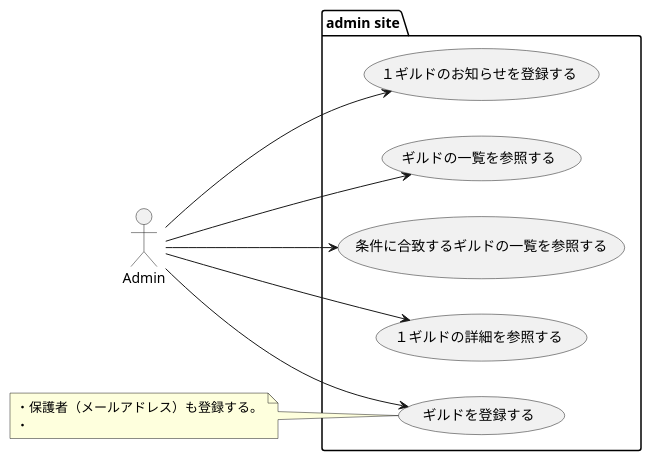
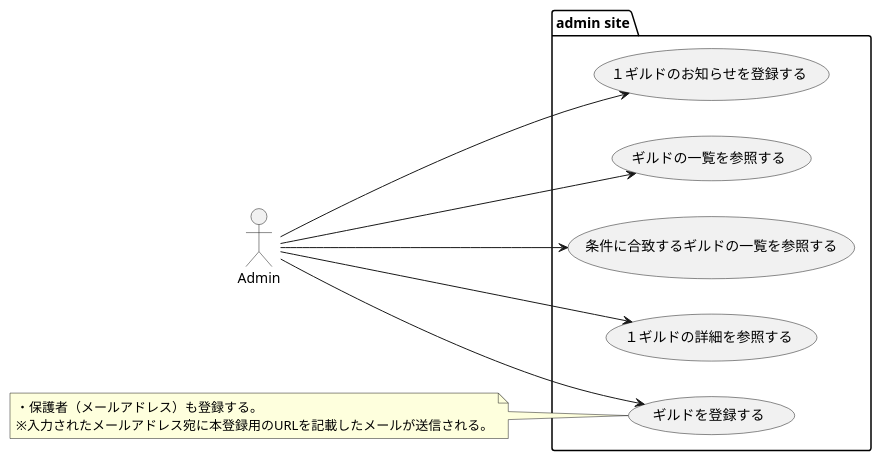
Before and after one commit to sky0621/familiagildo: the diagram in design/usecase/admin/usecase.puml, drawn with PlantUML. The commit also changed 24 other files, not shown here.

```diff
--- a/design/usecase/admin/usecase.puml
+++ b/design/usecase/admin/usecase.puml
@@ -1,26 +1,26 @@
 @startuml
 
 left to right direction
 
 actor Admin as a
 
 package "admin site" {
     usecase "ギルドを登録する" as createGuildByAdmin
-    usecase "ギルドの一覧を参照する" as listGuild
-    usecase "条件に合致するギルドの一覧を参照する" as findGuild
-    usecase "１ギルドの詳細を参照する" as getGuild
-    usecase "１ギルドのお知らせを登録する" as createNotice
+    usecase "ギルドの一覧を参照する" as listGuildByAdmin
+    usecase "条件に合致するギルドの一覧を参照する" as findGuildByAdmin
+    usecase "１ギルドの詳細を参照する" as getGuildByAdmin
+    usecase "１ギルドのお知らせを登録する" as createNoticeByAdmin
 }
 
 a --> createGuildByAdmin
-a --> listGuild
-a --> findGuild
-a --> getGuild
-a --> createNotice
+a --> listGuildByAdmin
+a --> findGuildByAdmin
+a --> getGuildByAdmin
+a --> createNoticeByAdmin
 
 note left of createGuildByAdmin
 ・保護者（メールアドレス）も登録する。
-・
+※入力されたメールアドレス宛に本登録用のURLを記載したメールが送信される。
 end note
 
 @enduml
```
